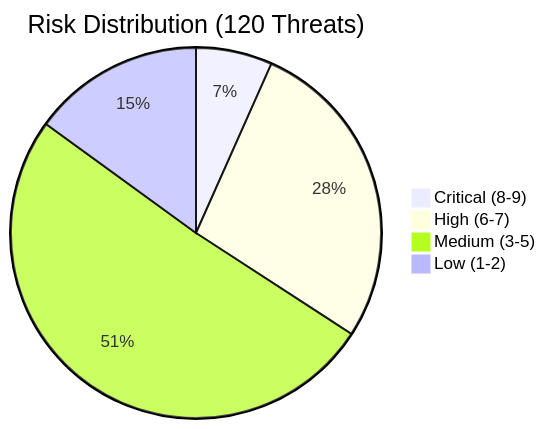
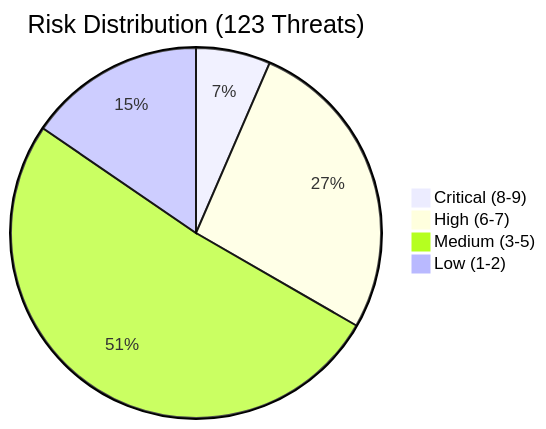
Before and after one commit to aws-solutions-library-samples/accelerated-intelligent-document-processing-on-aws: the diagram in security/threat-modeling/risk-assessment/risk-matrix.md, drawn with Mermaid. The commit also changed other lines of this file and 18 other files, not shown here.

````diff
--- a/security/threat-modeling/risk-assessment/risk-matrix.md
+++ b/security/threat-modeling/risk-assessment/risk-matrix.md
@@ -194,7 +197,7 @@
 ```mermaid
-pie title Risk Distribution (120 Threats)
+pie title Risk Distribution (123 Threats)
     "Critical (8-9)" : 8
     "High (6-7)" : 33
-    "Medium (3-5)" : 61
-    "Low (1-2)" : 18
+    "Medium (3-5)" : 63
+    "Low (1-2)" : 19
 ```
````
